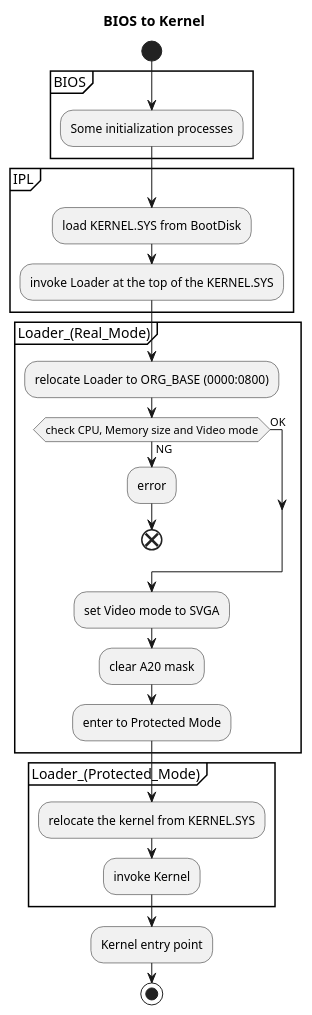
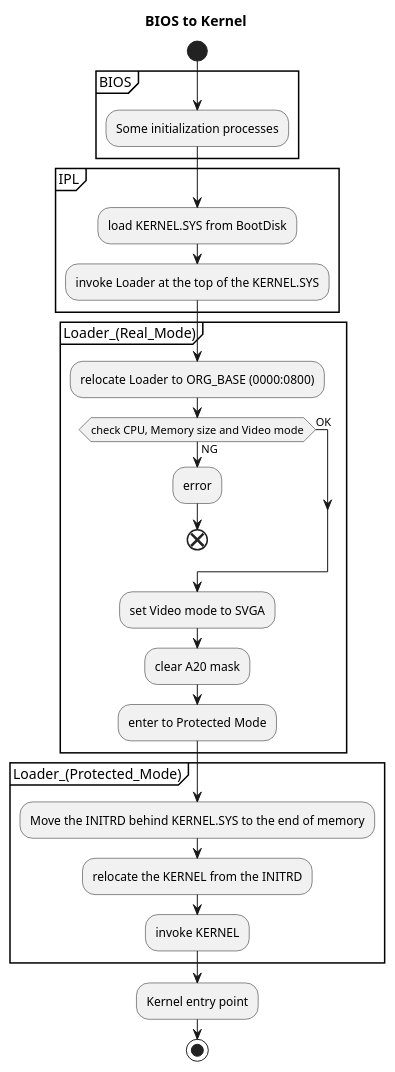
One commit to neri/poe changed the first of 2 diagrams in ARCHITECTURE.md. Above: the diagram before and after it, drawn with PlantUML. The commit also changed other lines of this file and 51 other files, not shown here.

````diff
--- a/ARCHITECTURE.md
+++ b/ARCHITECTURE.md
@@ -47,34 +58,35 @@
 ``` plantuml
 @startuml
 title BIOS to Kernel
 start
 
 partition BIOS {
     :Some initialization processes;
 }
 
 partition IPL {
     :load KERNEL.SYS from BootDisk;
     :invoke Loader at the top of the KERNEL.SYS;
 }
 
 partition Loader_(Real_Mode) {
     :relocate Loader to ORG_BASE (0000:0800);
     if (check CPU, Memory size and Video mode) then (OK)
     else (NG)
         :error;
         end
     endif
     :set Video mode to SVGA;
     :clear A20 mask;
     :enter to Protected Mode;
 }
 partition Loader_(Protected_Mode) {
-    :relocate the kernel from KERNEL.SYS;
-    :invoke Kernel;
+    :Move the INITRD behind KERNEL.SYS to the end of memory;
+    :relocate the KERNEL from the INITRD;
+    :invoke KERNEL;
 }
 :Kernel entry point;
 stop
 
 @enduml
 ```
````
